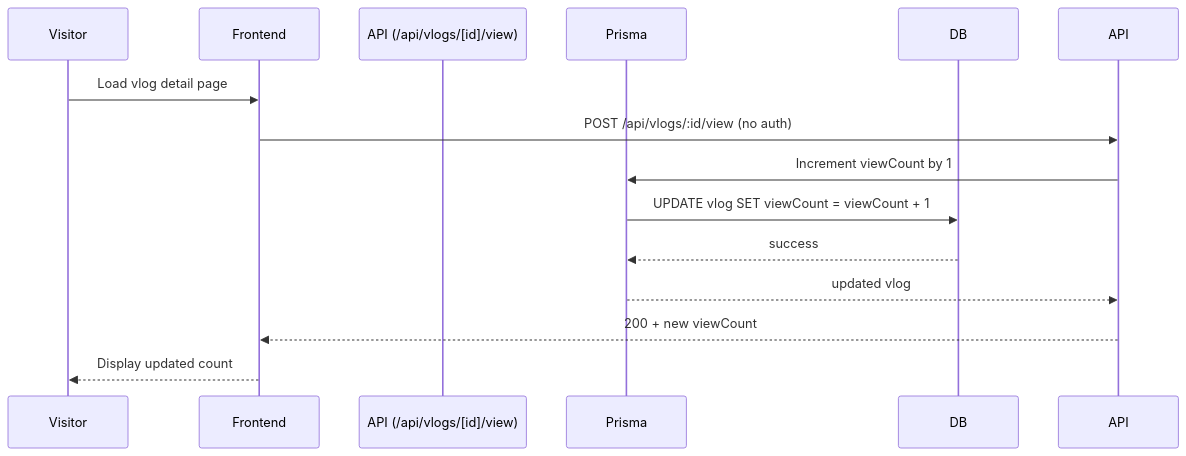
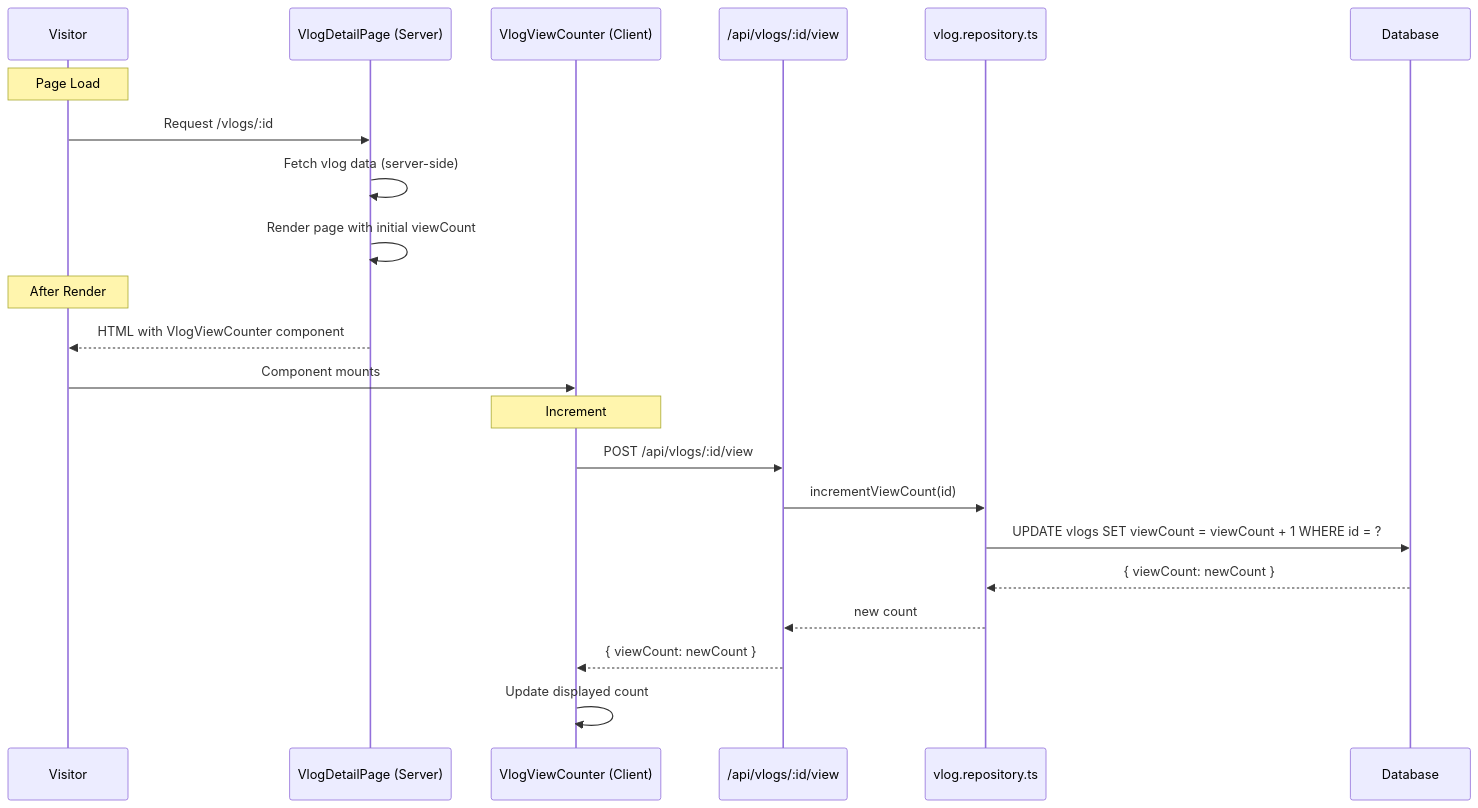
Before and after one commit to Sahas2711/Snapora: the seventh of 11 diagrams in docs/Architecture.md, drawn with Mermaid. The commit also changed other lines of this file and 14 other files, not shown here.

````diff
--- a/docs/Architecture.md
+++ b/docs/Architecture.md
@@ -127,17 +518,27 @@
 ```mermaid
 sequenceDiagram
-    participant Visitor
-    participant Frontend
-    participant API (/api/vlogs/[id]/view)
-    participant Prisma
-    participant DB
-
-    Visitor->>Frontend: Load vlog detail page
-    Frontend->>API: POST /api/vlogs/:id/view (no auth)
-    API->>Prisma: Increment viewCount by 1
-    Prisma->>DB: UPDATE vlog SET viewCount = viewCount + 1
-    DB-->>Prisma: success
-    Prisma-->>API: updated vlog
-    API-->>Frontend: 200 + new viewCount
-    Frontend-->>Visitor: Display updated count
+    participant V as Visitor
+    participant P as VlogDetailPage (Server)
+    participant VC as VlogViewCounter (Client)
+    participant API as /api/vlogs/:id/view
+    participant VR as vlog.repository.ts
+    participant DB as Database
+    
+    Note over V: Page Load
+    V->>P: Request /vlogs/:id
+    P->>P: Fetch vlog data (server-side)
+    P->>P: Render page with initial viewCount
+    
+    Note over V: After Render
+    P-->>V: HTML with VlogViewCounter component
+    V->>VC: Component mounts
+    
+    Note over VC: Increment
+    VC->>API: POST /api/vlogs/:id/view
+    API->>VR: incrementViewCount(id)
+    VR->>DB: UPDATE vlogs SET viewCount = viewCount + 1 WHERE id = ?
+    DB-->>VR: { viewCount: newCount }
+    VR-->>API: new count
+    API-->>VC: { viewCount: newCount }
+    VC->>VC: Update displayed count
 ```
````
